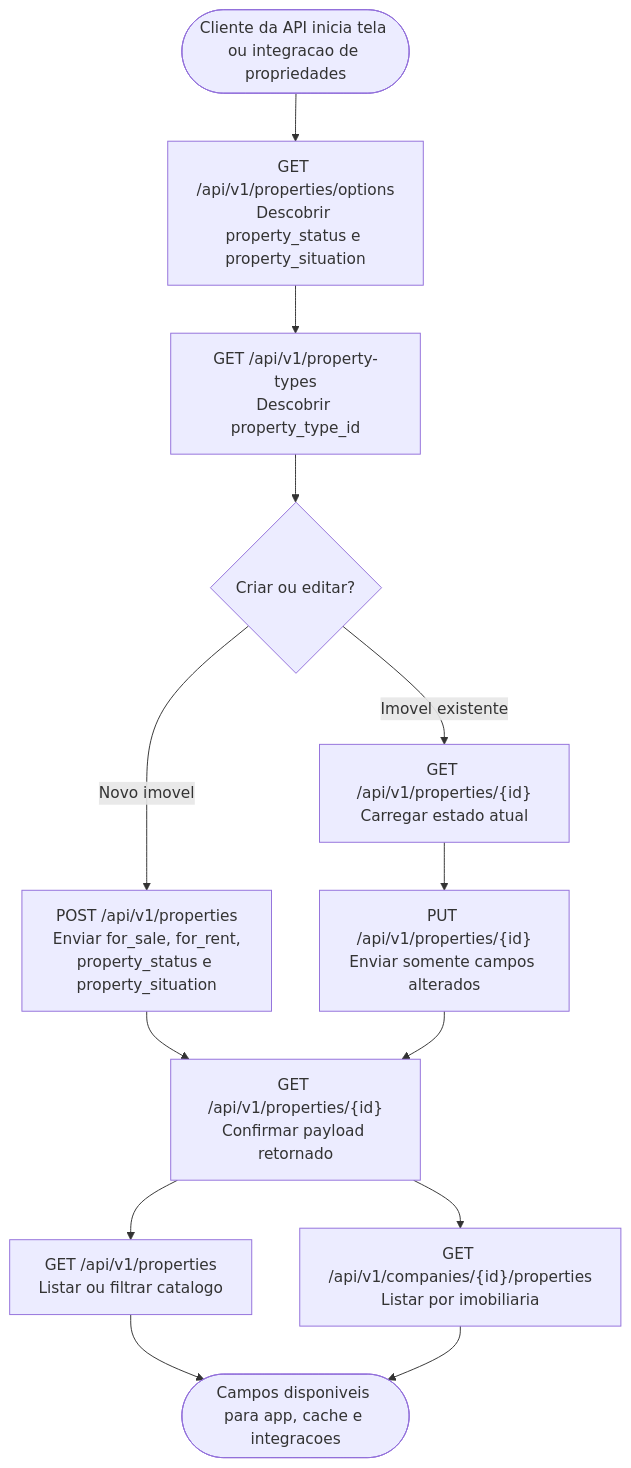
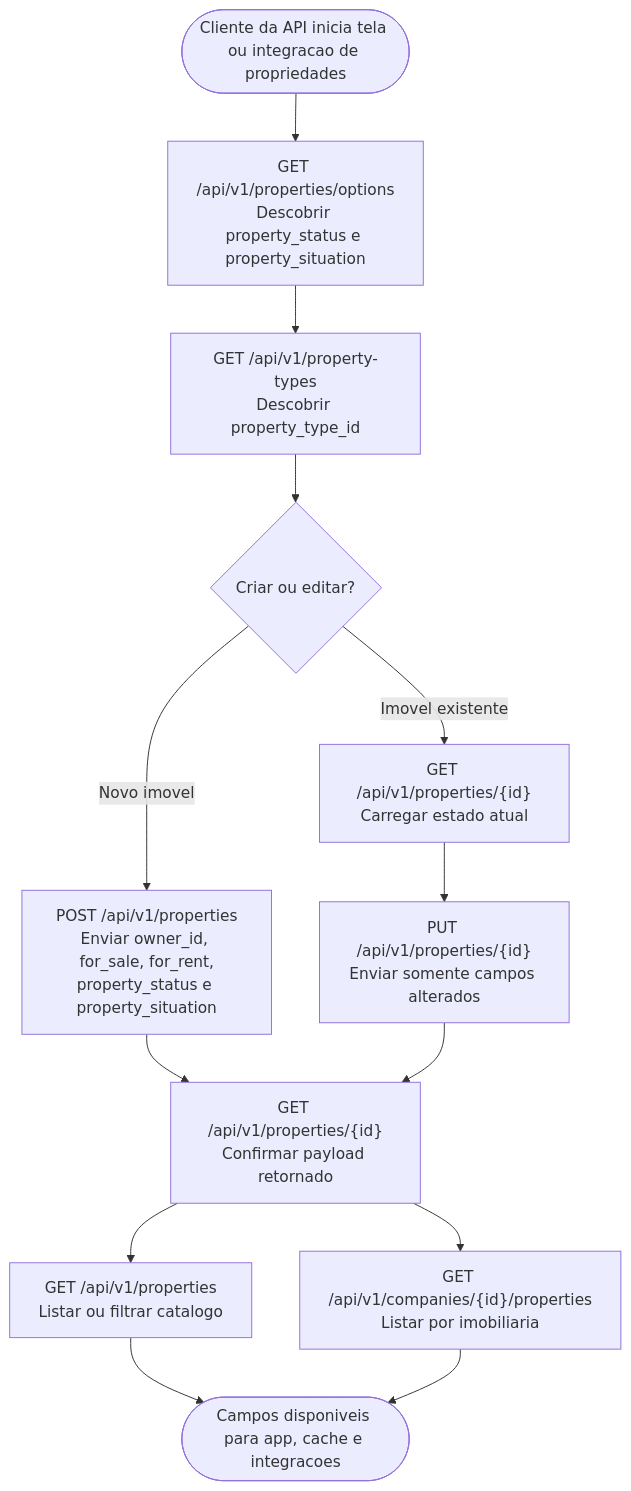
Before and after one commit to luanalves/realestate_backend: the first of 11 diagrams in specs/018-property-status-options/flowcharts.md, drawn with Mermaid. The commit also changed other lines of this file and 11 other files, not shown here.

Commit message:
Expose property owner relationship

````diff
--- a/specs/018-property-status-options/flowcharts.md
+++ b/specs/018-property-status-options/flowcharts.md
@@ -57,20 +62,20 @@
 ```mermaid
 flowchart TD
     Start([Cliente da API inicia tela ou integracao de propriedades]) --> O1
 
     O1["GET /api/v1/properties/options\nDescobrir property_status e property_situation"] --> O2
     O2["GET /api/v1/property-types\nDescobrir property_type_id"] --> Decision{Criar ou editar?}
 
-    Decision -->|Novo imovel| C1["POST /api/v1/properties\nEnviar for_sale, for_rent,\nproperty_status e property_situation"]
+    Decision -->|Novo imovel| C1["POST /api/v1/properties\nEnviar owner_id, for_sale, for_rent,\nproperty_status e property_situation"]
     Decision -->|Imovel existente| E1["GET /api/v1/properties/{id}\nCarregar estado atual"]
 
     C1 --> V1["GET /api/v1/properties/{id}\nConfirmar payload retornado"]
     E1 --> E2["PUT /api/v1/properties/{id}\nEnviar somente campos alterados"]
     E2 --> V1
 
     V1 --> L1["GET /api/v1/properties\nListar ou filtrar catalogo"]
     V1 --> CP1["GET /api/v1/companies/{id}/properties\nListar por imobiliaria"]
 
     L1 --> Done([Campos disponiveis para app, cache e integracoes])
     CP1 --> Done
 ```
````
